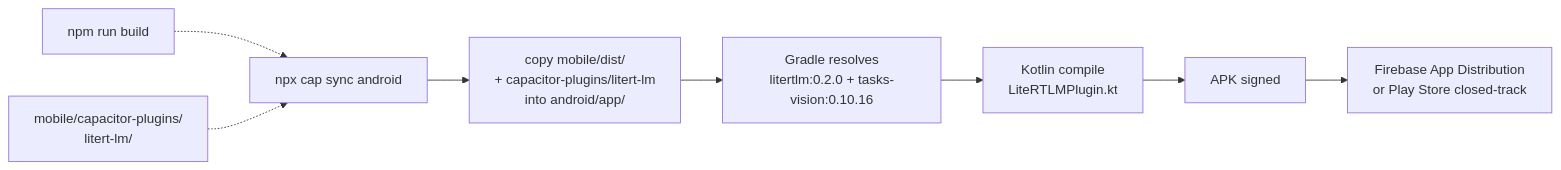
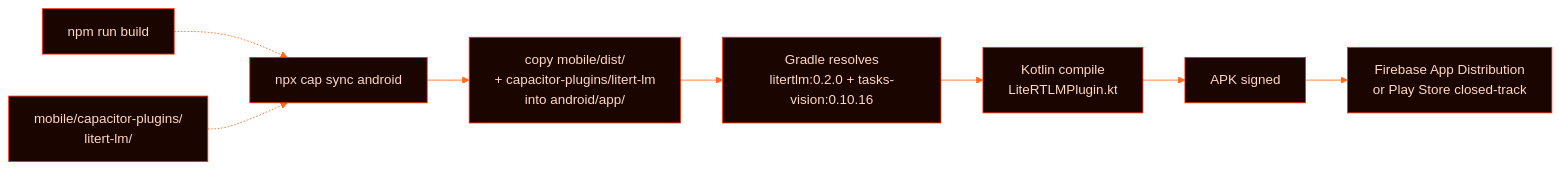
Before and after one commit to EvolvingAgentsLabs/skillos_mini: the tenth of 12 diagrams in docs/ARCHITECTURE.md, drawn with Mermaid. The commit also changed other lines of this file and 9 other files, not shown here.

````diff
--- a/docs/ARCHITECTURE.md
+++ b/docs/ARCHITECTURE.md
@@ -458,11 +482,12 @@
 ```mermaid
+%%{init: {'theme':'base', 'themeVariables': {'primaryColor':'#1a0500','primaryTextColor':'#ffd9c2','primaryBorderColor':'#ff2d00','lineColor':'#ff6b1a','secondaryColor':'#001a24','tertiaryColor':'#0a0408','background':'#0a0408','mainBkg':'#1a0500','edgeLabelBackground':'#0a0408','fontFamily':'ui-monospace, monospace'}}}%%
 flowchart LR
     Cap1[npx cap sync android] --> Copy["copy mobile/dist/<br/>+ capacitor-plugins/litert-lm<br/>into android/app/"]
     Copy --> Resolve[Gradle resolves<br/>litertlm:0.2.0 + tasks-vision:0.10.16]
     Resolve --> Compile[Kotlin compile<br/>LiteRTLMPlugin.kt]
     Compile --> APK[APK signed]
     APK --> Distribute["Firebase App Distribution<br/>or Play Store closed-track"]
 
     NPMI[npm run build] -.-> Cap1
     Plugin["mobile/capacitor-plugins/<br/>litert-lm/"] -.-> Cap1
 ```
````
